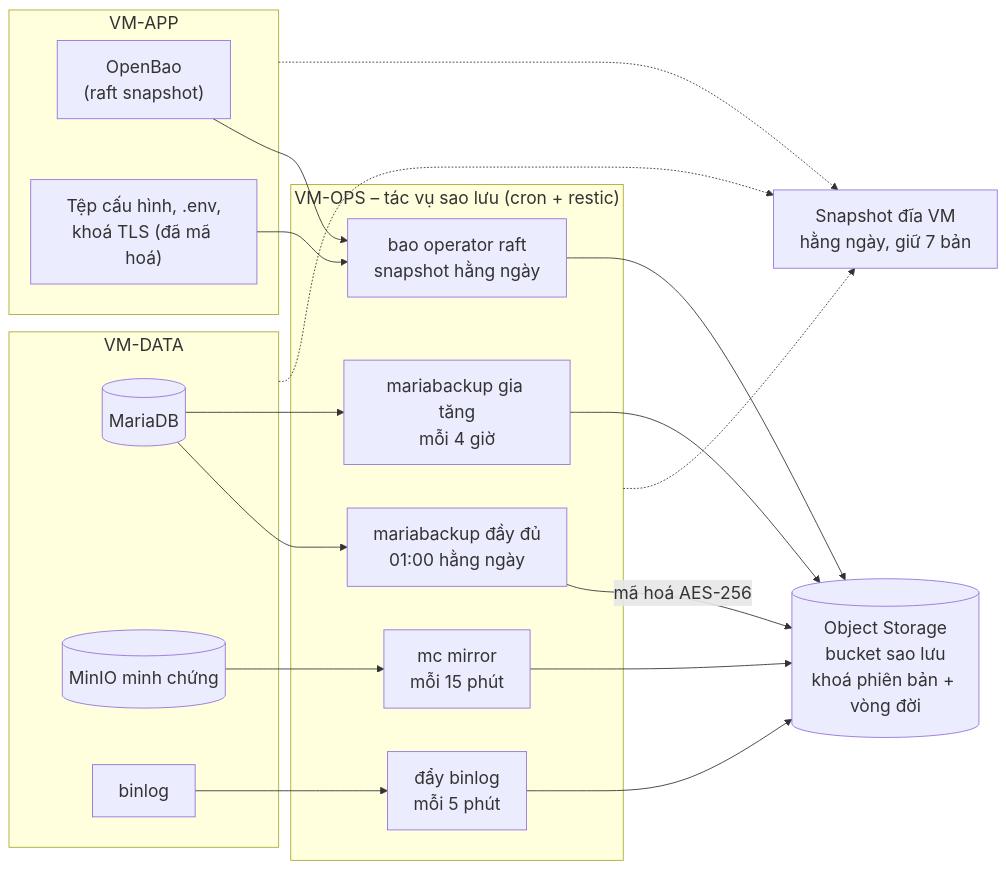
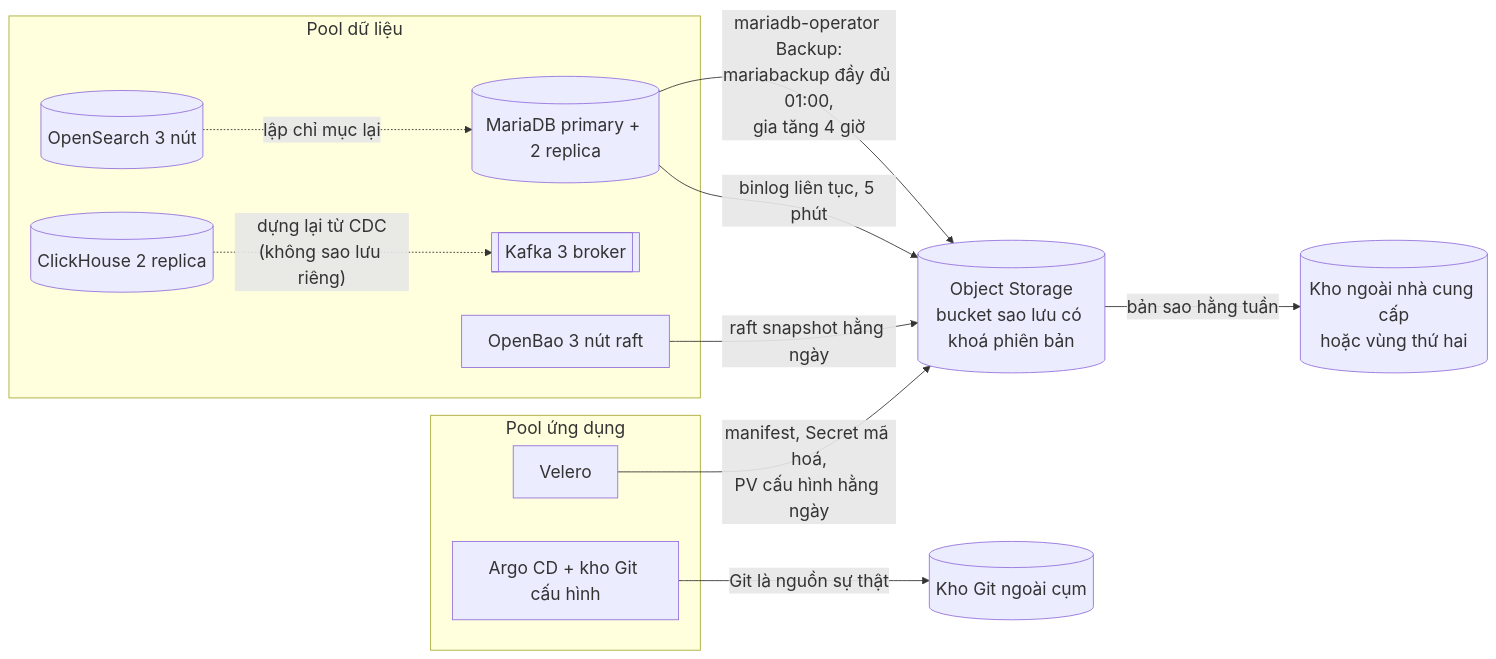
Before and after one commit to caprocute/mission-web: the diagram in docs/thiet-ke/assets/tl06/h6-sao-luu.mmd, drawn with Mermaid. The commit also changed 23 other files, not shown here.

First line of the commit message:
TL-06: viết lại LLD theo mô hình production HA cho 1 đơn vị 100 người

```diff
--- a/docs/thiet-ke/assets/tl06/h6-sao-luu.mmd
+++ b/docs/thiet-ke/assets/tl06/h6-sao-luu.mmd
@@ -1,34 +1,21 @@
 %%{init: {"themeVariables":{"fontSize":"20px"}}}%%
 flowchart LR
-  subgraph DATA["VM-DATA"]
-    M[("MariaDB")]
-    MI[("MinIO minh chứng")]
-    BI["binlog"]
+  subgraph PD["Pool dữ liệu"]
+    M[("MariaDB primary + 2 replica")]
+    K[["Kafka 3 broker"]]
+    OB["OpenBao 3 nút raft"]
+    CH[("ClickHouse 2 replica")]
+    OS[("OpenSearch 3 nút")]
   end
-  subgraph APP["VM-APP"]
-    OB["OpenBao<br/>(raft snapshot)"]
-    CF["Tệp cấu hình, .env,<br/>khoá TLS (đã mã hoá)"]
+  subgraph PA["Pool ứng dụng"]
+    V["Velero"]
+    AR["Argo CD + kho Git cấu hình"]
   end
-  subgraph OPS["VM-OPS – tác vụ sao lưu (cron + restic)"]
-    F["mariabackup đầy đủ<br/>01:00 hằng ngày"]
-    I["mariabackup gia tăng<br/>mỗi 4 giờ"]
-    BL["đẩy binlog<br/>mỗi 5 phút"]
-    MM["mc mirror<br/>mỗi 15 phút"]
-    SN["bao operator raft<br/>snapshot hằng ngày"]
-  end
-  S3[("Object Storage<br/>bucket sao lưu<br/>khoá phiên bản + vòng đời")]
-  SNP["Snapshot đĩa VM<br/>hằng ngày, giữ 7 bản"]
-  M --> F
-  M --> I
-  BI --> BL
-  MI --> MM
-  OB --> SN
-  CF --> SN
-  F -->|mã hoá AES-256| S3
-  I --> S3
-  BL --> S3
-  MM --> S3
-  SN --> S3
-  DATA -.-> SNP
-  APP -.-> SNP
-  OPS -.-> SNP
+  M -->|"mariadb-operator Backup:<br/>mariabackup đầy đủ 01:00,<br/>gia tăng 4 giờ"| S3
+  M -->|"binlog liên tục, 5 phút"| S3
+  OB -->|raft snapshot hằng ngày| S3
+  CH -.->|"dựng lại từ CDC<br/>(không sao lưu riêng)"| K
+  OS -.->|lập chỉ mục lại| M
+  V -->|"manifest, Secret mã hoá,<br/>PV cấu hình hằng ngày"| S3
+  AR -->|Git là nguồn sự thật| GIT[("Kho Git ngoài cụm")]
+  S3[("Object Storage<br/>bucket sao lưu có khoá phiên bản")] -->|"bản sao hằng tuần"| OFF[("Kho ngoài nhà cung cấp<br/>hoặc vùng thứ hai")]
```
